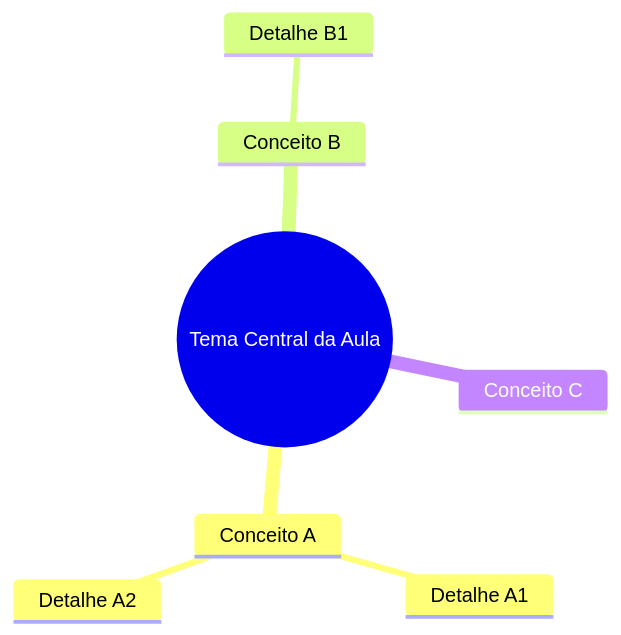
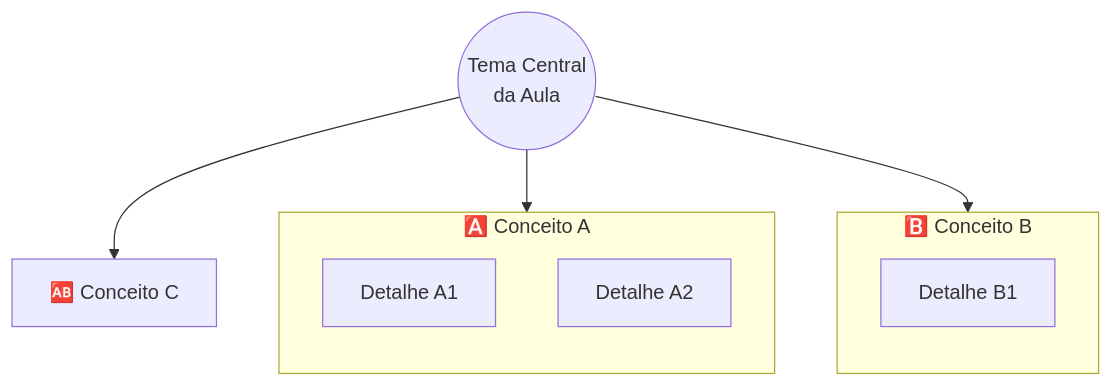
One commit to GTI-Fatec-Jahu/BDA-GTI-2026-2 changed the diagram in templates/AULA_TEMPLATE.md. Above: the diagram before and after it, drawn with Mermaid. The commit also changed other lines of this file and 2 other files, not shown here.

Commit message:
Corrige mapa mental: troca mindmap por flowchart com subgraphs
O diagrama mindmap do Mermaid usa um layout orgânico/de força sem
controle de colisão entre linha e texto — na Aula 01 as linhas de
conexão cruzavam por cima dos rótulos, ilegível. Não há como corrigir
isso de forma confiável na versão do Mermaid empacotada pelo Material
(sem layout tidy-tree/ELK).

Troca para flowchart TD com subgraph por tópico, que usa o layout
dagre (o mesmo já usado com sucesso nos outros diagramas da aula) e
garante roteamento de linhas sem sobreposição. Validado visualmente
renderizando o Mermaid isoladamente com Playwright antes de aplicar.

Atualiza também templates/AULA_TEMPLATE.md e CLAUDE.md para que as
próximas 19 aulas já usem o padrão correto desde o início.

````diff
--- a/templates/AULA_TEMPLATE.md
+++ b/templates/AULA_TEMPLATE.md
@@ -32,10 +40,19 @@
 ```mermaid
-mindmap
-  root(("Tema Central da Aula"))
-    Conceito A
-      Detalhe A1
-      Detalhe A2
-    Conceito B
-      Detalhe B1
-    Conceito C
+flowchart TD
+    ROOT(("Tema Central<br/>da Aula"))
+
+    ROOT --> T1
+    subgraph T1["🅰️ Conceito A"]
+        direction TB
+        T1A["Detalhe A1"]
+        T1B["Detalhe A2"]
+    end
+
+    ROOT --> T2
+    subgraph T2["🅱️ Conceito B"]
+        direction TB
+        T2A["Detalhe B1"]
+    end
+
+    ROOT --> T3["🆎 Conceito C"]
 ```
````
